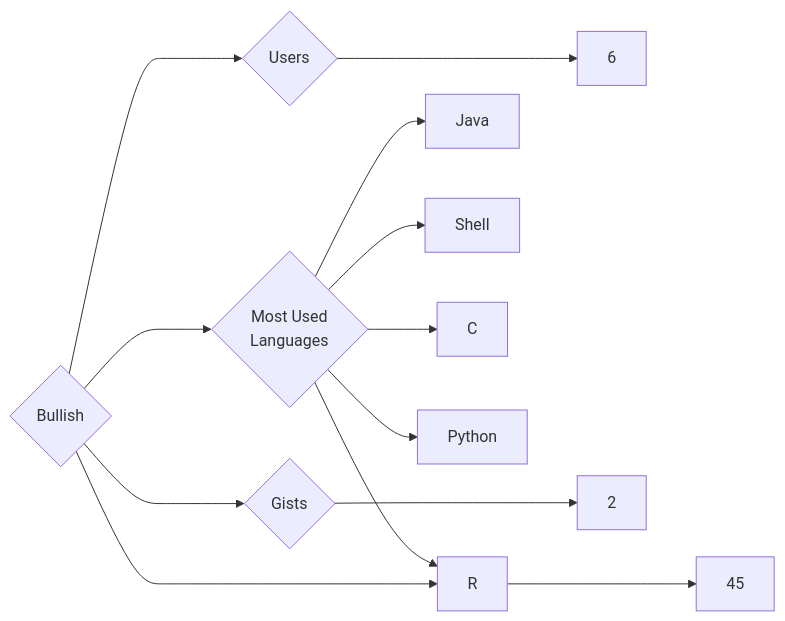
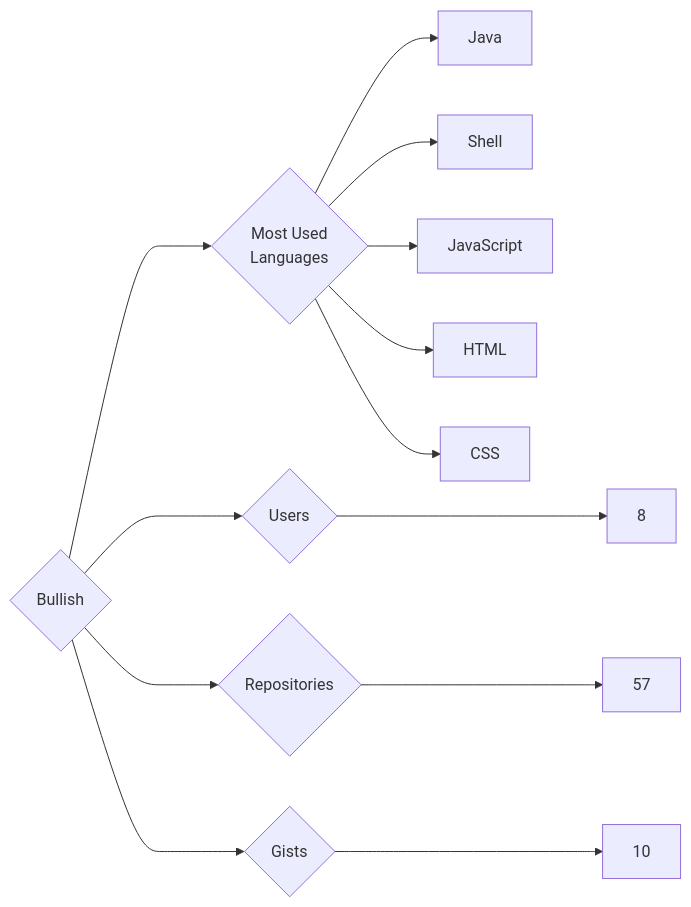
One commit to trickest/insiders changed the diagram in targets/Bullish/README.md. Above: the diagram before and after it, drawn with Mermaid. The commit also changed 985 other files, not shown here.

````diff
--- a/targets/Bullish/README.md
+++ b/targets/Bullish/README.md
@@ -3,13 +3,13 @@
 ```mermaid
 graph LR
 COMPANY_NAME{Bullish}
-COMPANY_NAME ---> U{Users} ---> UN[6]
-COMPANY_NAME ---> R{Repositories} ---> RN[45]
-COMPANY_NAME ---> G{Gists} ---> GN[2]
+COMPANY_NAME ---> U{Users} ---> UN[8]
+COMPANY_NAME ---> R{Repositories} ---> RN[57]
+COMPANY_NAME ---> G{Gists} ---> GN[10]
 COMPANY_NAME ---> ML{Most Used<br>Languages}
 ML --> Java[Java]
 ML --> Shell[Shell]
-ML --> C[C]
-ML --> R[R]
-ML --> Python[Python]
+ML --> JavaScript[JavaScript]
+ML --> HTML[HTML]
+ML --> CSS[CSS]
 ```
````
